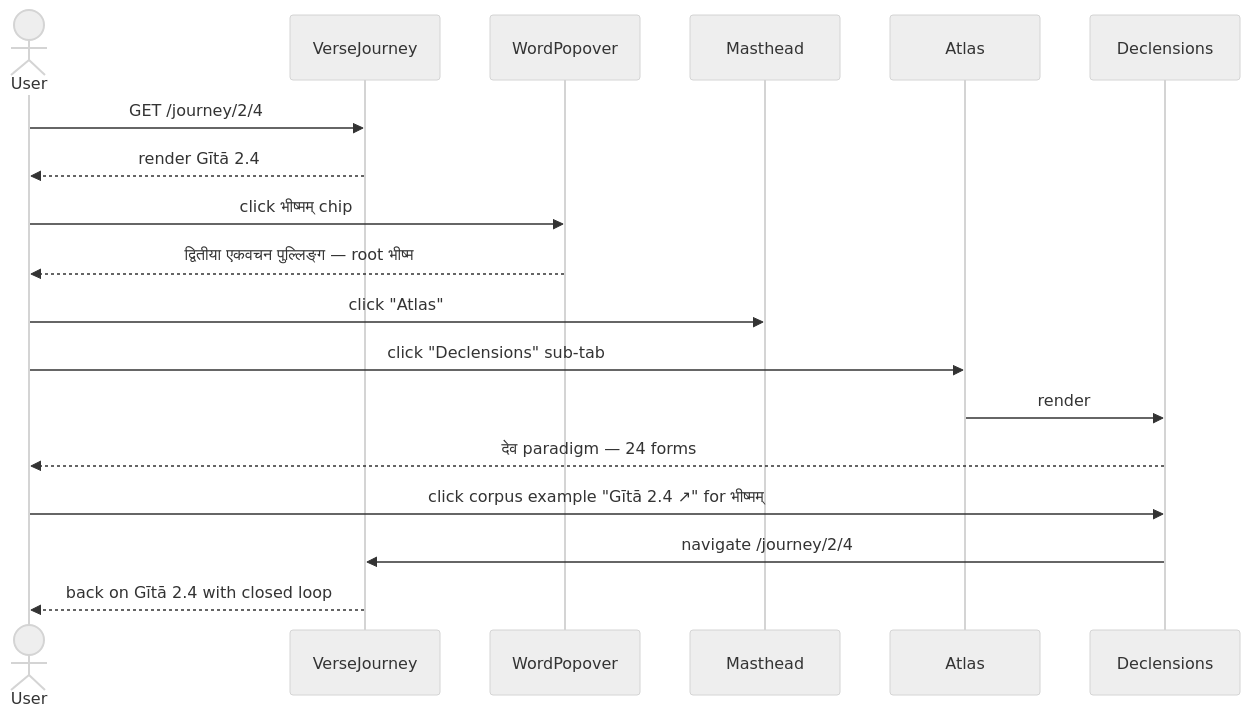
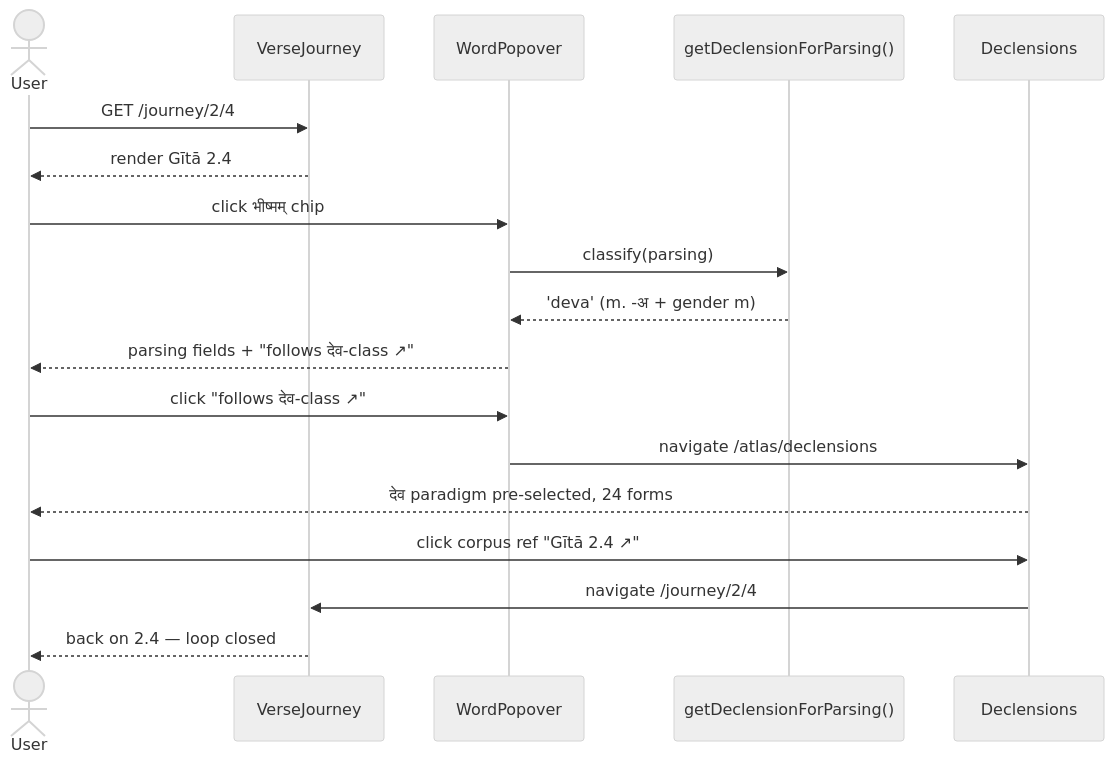
Before and after one commit to yadavvi91/sanskrit-learning: diagram 11 of 11 in docs/workflows.md, drawn with Mermaid (neutral theme). The commit also changed other lines of this file and 7 other files, not shown here.

````diff
--- a/docs/workflows.md
+++ b/docs/workflows.md
@@ -527,23 +528,23 @@
 ```mermaid
 sequenceDiagram
     actor User
     participant Journey as VerseJourney
     participant Popover as WordPopover
-    participant Masthead
-    participant Atlas
+    participant Classifier as getDeclensionForParsing()
     participant Declensions
 
     User->>Journey: GET /journey/2/4
     Journey-->>User: render Gītā 2.4
     User->>Popover: click भीष्मम् chip
-    Popover-->>User: द्वितीया एकवचन पुल्लिङ्ग — root भीष्म
+    Popover->>Classifier: classify(parsing)
+    Classifier-->>Popover: 'deva' (m. -अ + gender m)
+    Popover-->>User: parsing fields + "follows देव-class ↗"
 
-    User->>Masthead: click "Atlas"
-    User->>Atlas: click "Declensions" sub-tab
-    Atlas->>Declensions: render
-    Declensions-->>User: देव paradigm — 24 forms
+    User->>Popover: click "follows देव-class ↗"
+    Popover->>Declensions: navigate /atlas/declensions#deva
+    Declensions-->>User: देव paradigm pre-selected, 24 forms
 
-    User->>Declensions: click corpus example "Gītā 2.4 ↗" for भीष्मम्
+    User->>Declensions: click corpus ref "Gītā 2.4 ↗"
     Declensions->>Journey: navigate /journey/2/4
-    Journey-->>User: back on Gītā 2.4 with closed loop
+    Journey-->>User: back on 2.4 — loop closed
 ```
````
